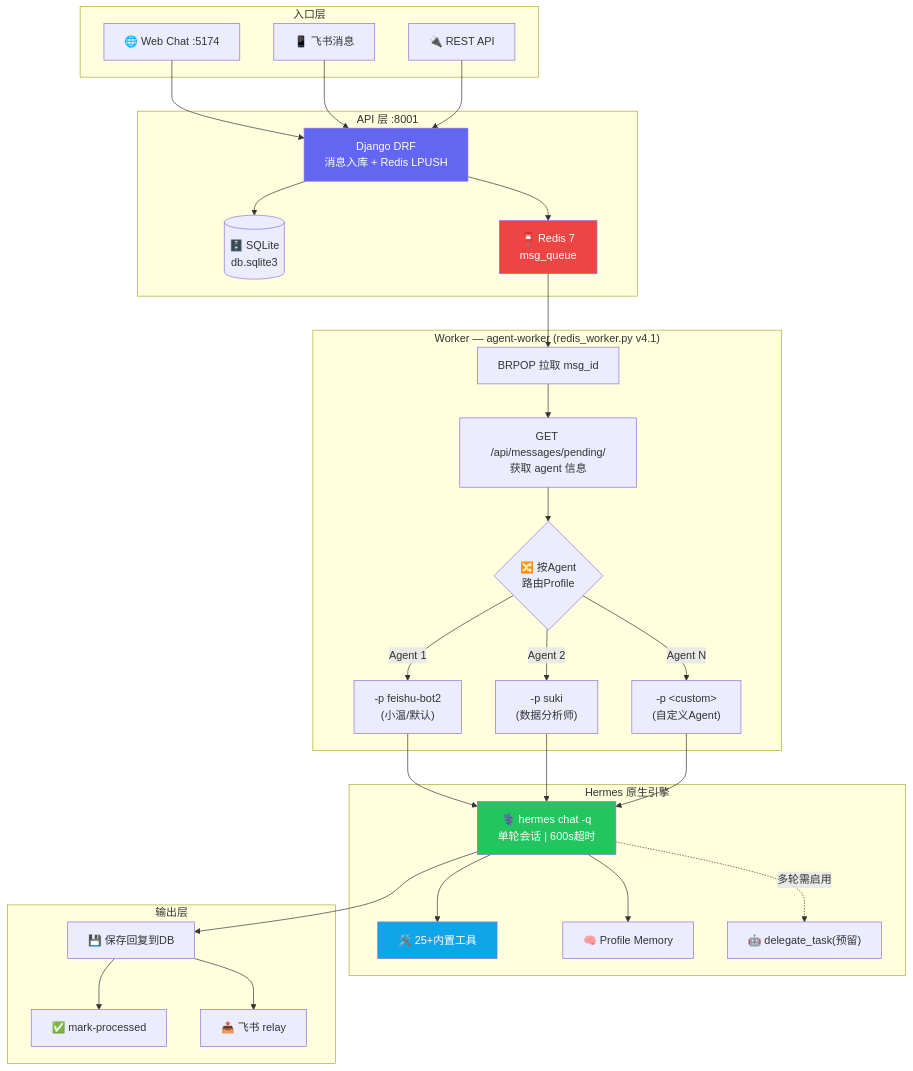
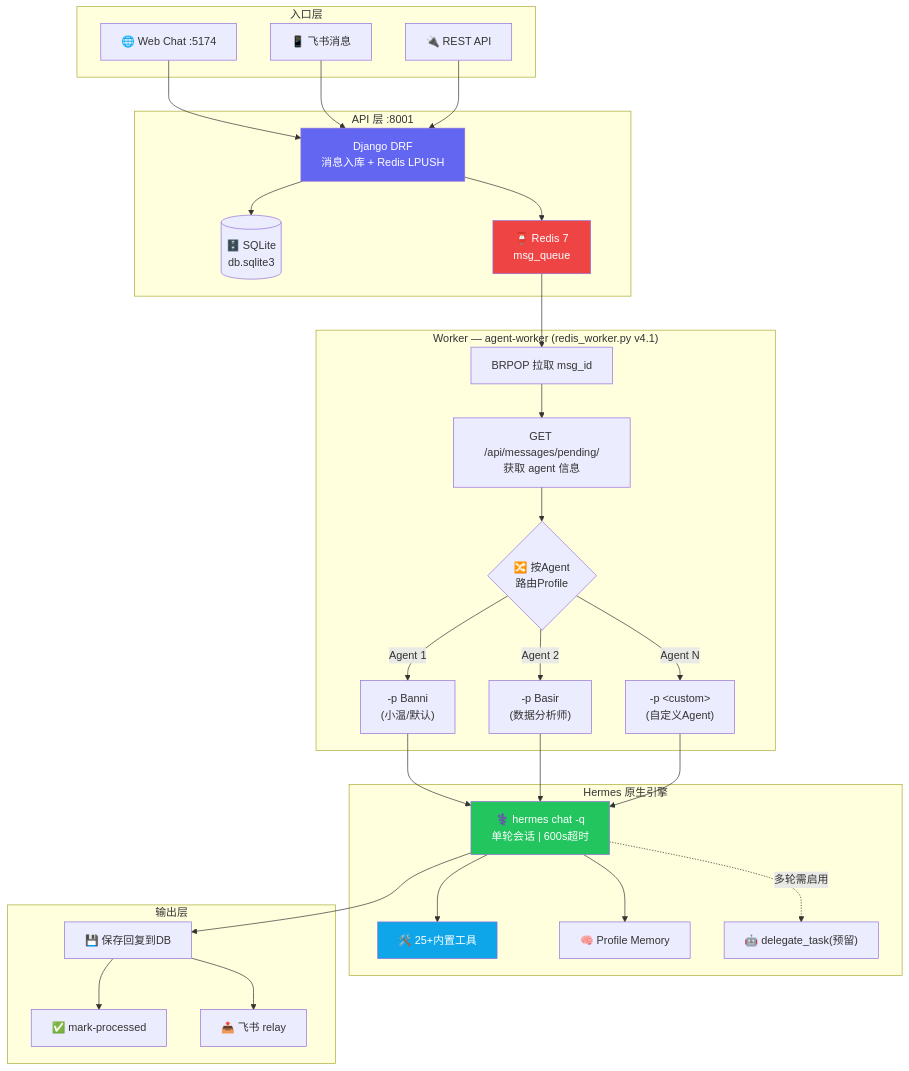
The diagram in agent-platform/agent-platform-arch.md (1942293420/agent1), drawn with Mermaid before and after one commit. The commit also changed other lines of this file and 34 other files, not shown here.

````diff
--- a/agent-platform/agent-platform-arch.md
+++ b/agent-platform/agent-platform-arch.md
@@ -9,62 +9,62 @@
 ```mermaid
 flowchart TB
     subgraph 入口层["入口层"]
         WEB["🌐 Web Chat :5174"]
         FEISHU["📱 飞书消息"]
         API_DIRECT["🔌 REST API"]
     end
 
     subgraph API层["API 层 :8001"]
         DJANGO["Django DRF\n消息入库 + Redis LPUSH"]
         DB[("🗄️ SQLite\ndb.sqlite3")]
         REDIS["📮 Redis 7\nmsg_queue"]
     end
 
     subgraph Worker["Worker — agent-worker (redis_worker.py v4.1)"]
         PULL["BRPOP 拉取 msg_id"]
         FETCH["GET /api/messages/pending/\n获取 agent 信息"]
         ROUTE{"🔀 按Agent\n路由Profile"}
-        P1["-p feishu-bot2\n(小温/默认)"]
-        P2["-p suki\n(数据分析师)"]
+        P1["-p Banni\n(小温/默认)"]
+        P2["-p Basir\n(数据分析师)"]
         PX["-p &lt;custom&gt;\n(自定义Agent)"]
     end
 
     subgraph Hermes引擎["Hermes 原生引擎"]
         HERMES["⚕️ hermes chat -q\n单轮会话 | 600s超时"]
         TOOLS["🛠️ 25+内置工具"]
         MEMORY["🧠 Profile Memory"]
         DELEGATE["🤖 delegate_task(预留)"]
     end
 
     subgraph 输出层["输出层"]
         SAVE["💾 保存回复到DB"]
         MARK["✅ mark-processed"]
         RELAY["📤 飞书 relay"]
     end
 
     WEB --> DJANGO
     FEISHU --> DJANGO
     API_DIRECT --> DJANGO
     DJANGO --> DB
     DJANGO --> REDIS
     REDIS --> PULL
     PULL --> FETCH
     FETCH --> ROUTE
     ROUTE -->|Agent 1| P1
     ROUTE -->|Agent 2| P2
     ROUTE -->|Agent N| PX
     P1 --> HERMES
     P2 --> HERMES
     PX --> HERMES
     HERMES --> TOOLS
     HERMES --> MEMORY
     HERMES -.->|多轮需启用| DELEGATE
     HERMES --> SAVE
     SAVE --> MARK
     SAVE --> RELAY
 
     style DJANGO fill:#6366f1,color:#fff
     style HERMES fill:#22c55e,color:#fff
     style TOOLS fill:#0ea5e9,color:#fff
     style REDIS fill:#ef4444,color:#fff
 ```
````
